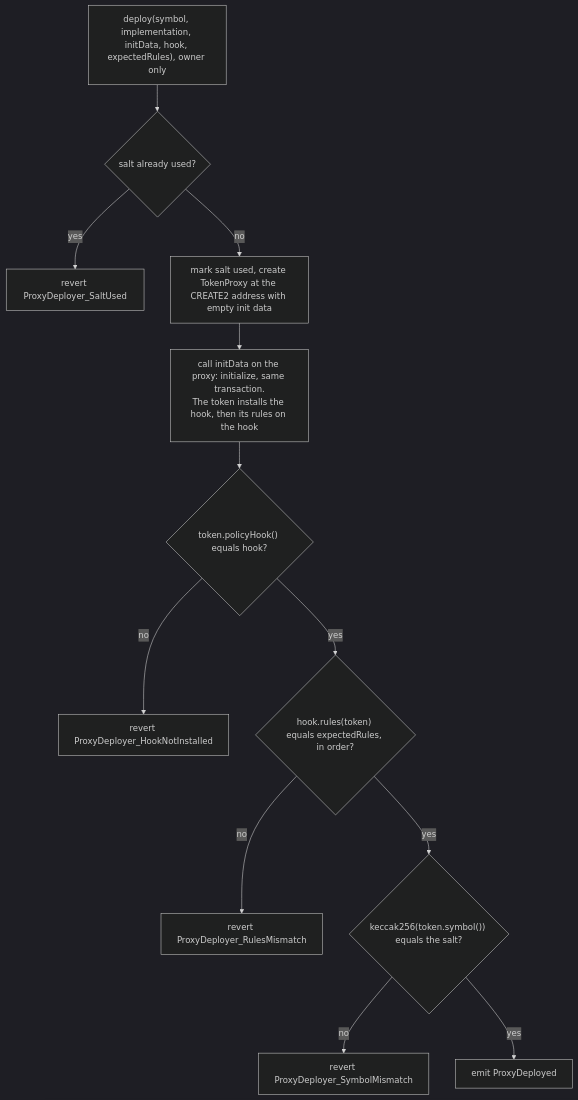
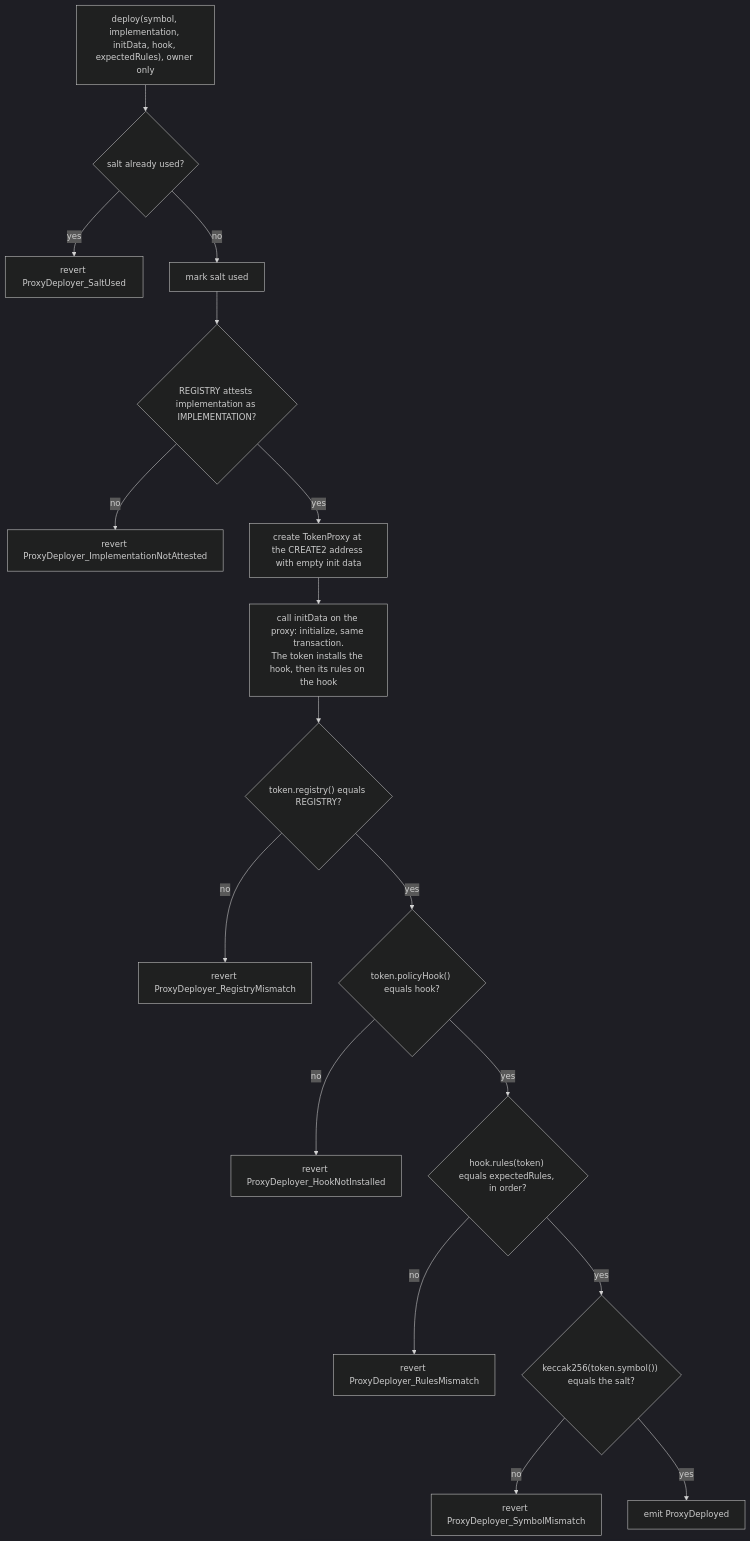
One commit to fepvenancio/rwa-token changed the fifth of 6 diagrams in docs/governance-and-deployment.md. Above: the diagram before and after it, drawn with Mermaid (dark theme). The commit also changed other lines of this file and 18 other files, not shown here.

First line of the commit message:
fix(deploy): ProxyDeployer refuses an unattested implementation and a token on another registry

````diff
--- a/docs/governance-and-deployment.md
+++ b/docs/governance-and-deployment.md
@@ -319,14 +319,19 @@
 ```mermaid
 flowchart TD
   A["deploy(symbol, implementation, initData, hook, expectedRules), owner only"] --> B{"salt already used?"}
   B -->|yes| X1["revert ProxyDeployer_SaltUsed"]
-  B -->|no| C["mark salt used, create TokenProxy at the CREATE2 address with empty init data"]
-  C --> D["call initData on the proxy: initialize, same transaction.<br/>The token installs the hook, then its rules on the hook"]
-  D --> E{"token.policyHook() equals hook?"}
+  B -->|no| C["mark salt used"]
+  C --> I{"REGISTRY attests implementation as IMPLEMENTATION?"}
+  I -->|no| X5["revert ProxyDeployer_ImplementationNotAttested"]
+  I -->|yes| P["create TokenProxy at the CREATE2 address with empty init data"]
+  P --> D["call initData on the proxy: initialize, same transaction.<br/>The token installs the hook, then its rules on the hook"]
+  D --> R{"token.registry() equals REGISTRY?"}
+  R -->|no| X6["revert ProxyDeployer_RegistryMismatch"]
+  R -->|yes| E{"token.policyHook() equals hook?"}
   E -->|no| X2["revert ProxyDeployer_HookNotInstalled"]
   E -->|yes| F{"hook.rules(token) equals expectedRules, in order?"}
   F -->|no| X3["revert ProxyDeployer_RulesMismatch"]
   F -->|yes| G{"keccak256(token.symbol()) equals the salt?"}
   G -->|no| X4["revert ProxyDeployer_SymbolMismatch"]
   G -->|yes| H["emit ProxyDeployed"]
 ```
````
